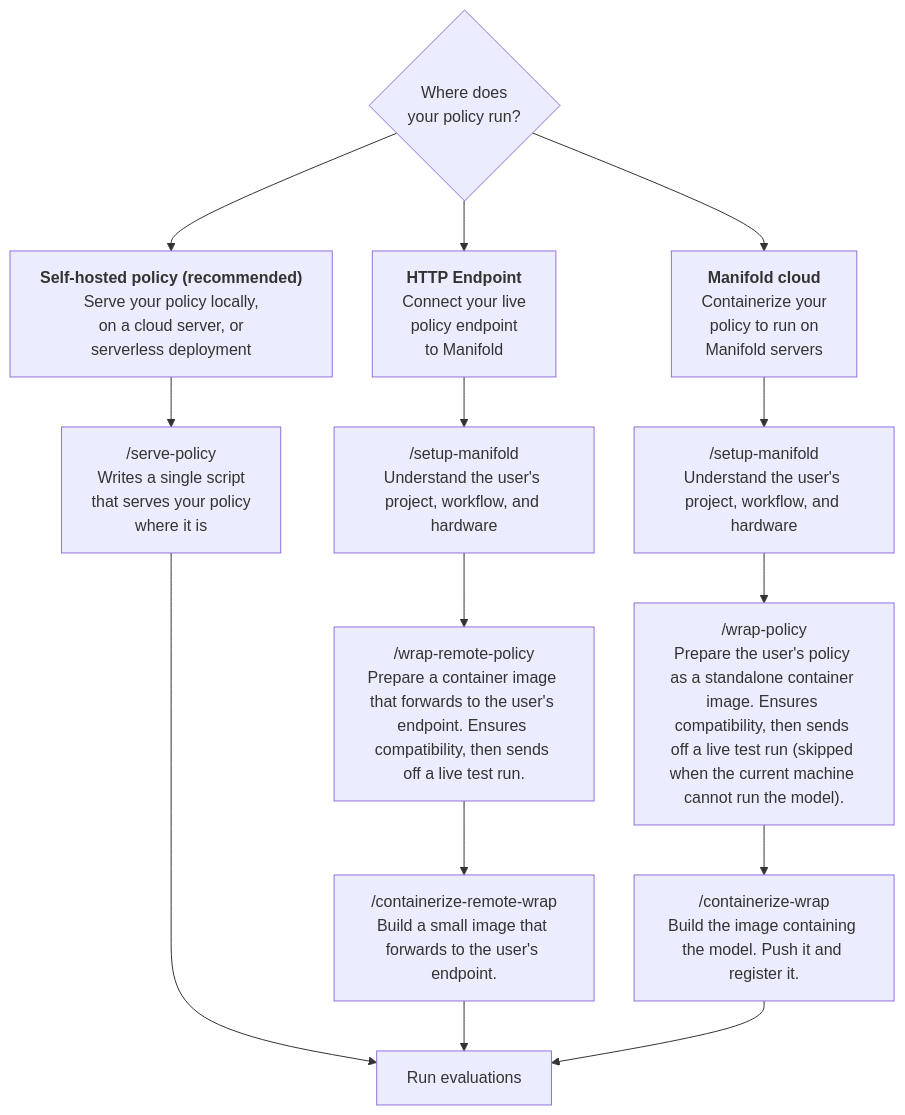
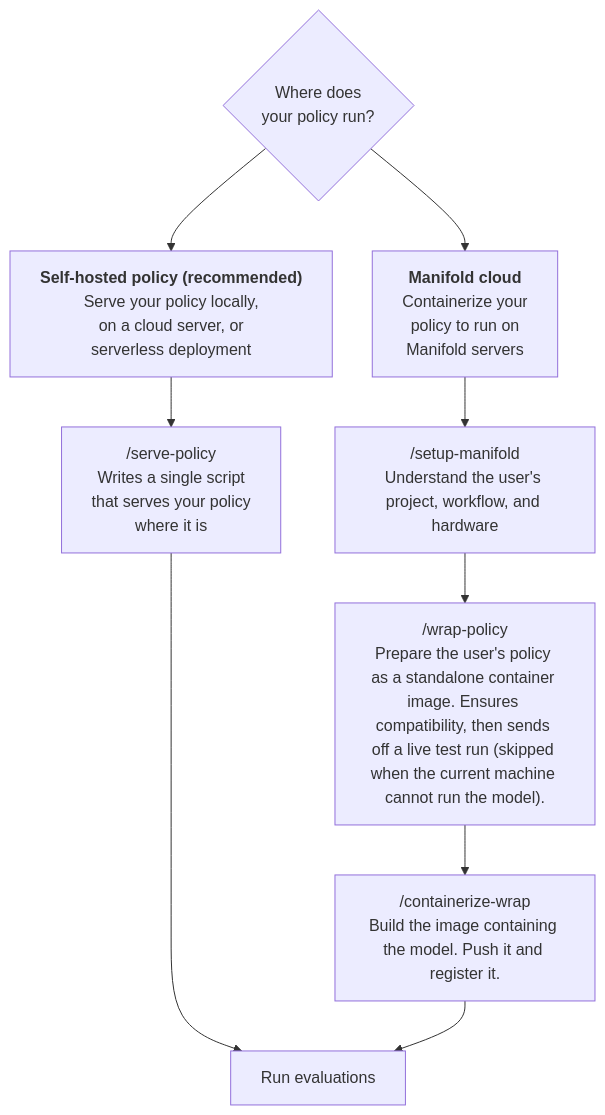
The diagram in README.md (bifrostai/manifold-skills), drawn with Mermaid before and after one commit. The commit also changed other lines of this file and 7 other files, not shown here.

First line of the commit message:
skills: remove the http endpoint flow

````diff
--- a/README.md
+++ b/README.md
@@ -30,20 +30,15 @@
 ```mermaid
 %%{init: {"flowchart": {"nodeSpacing": 40}}}%%
 flowchart TD
     start{"Where does<br/>your policy run?"}
     self["<b>Self‑hosted&nbsp;policy&nbsp;(recommended)</b><br/>Serve your policy locally,<br/>on a cloud server, or<br/>serverless deployment"]
-    http["<b>HTTP Endpoint</b><br/>Connect your live<br/>policy endpoint<br/>to Manifold"]
     cloud["<b>Manifold cloud</b><br/>Containerize your<br/>policy to run on<br/>Manifold servers"]
     serve["/serve-policy<br/>Writes a single script<br/>that serves your policy<br/>where it is"]
-    hsetup["/setup-manifold<br/>Understand the user's project, workflow, and hardware"]
     csetup["/setup-manifold<br/>Understand the user's project, workflow, and hardware"]
-    rwrap["/wrap-remote-policy<br/>Prepare a container image that forwards to the user's endpoint. Ensures compatibility, then sends off a live test run."]
-    rcont["/containerize-remote-wrap<br/>Build a small image that forwards to the user's endpoint."]
     wrap["/wrap-policy<br/>Prepare the user's policy as a standalone container image. Ensures compatibility, then sends off a live test run (skipped when the current machine cannot run the model)."]
     cont["/containerize-wrap<br/>Build the image containing the model. Push it and register it."]
     run["Run evaluations"]
 
     start --> self --> serve ----> run
-    start --> http --> hsetup --> rwrap --> rcont --> run
     start --> cloud --> csetup --> wrap --> cont --> run
 ```
````
